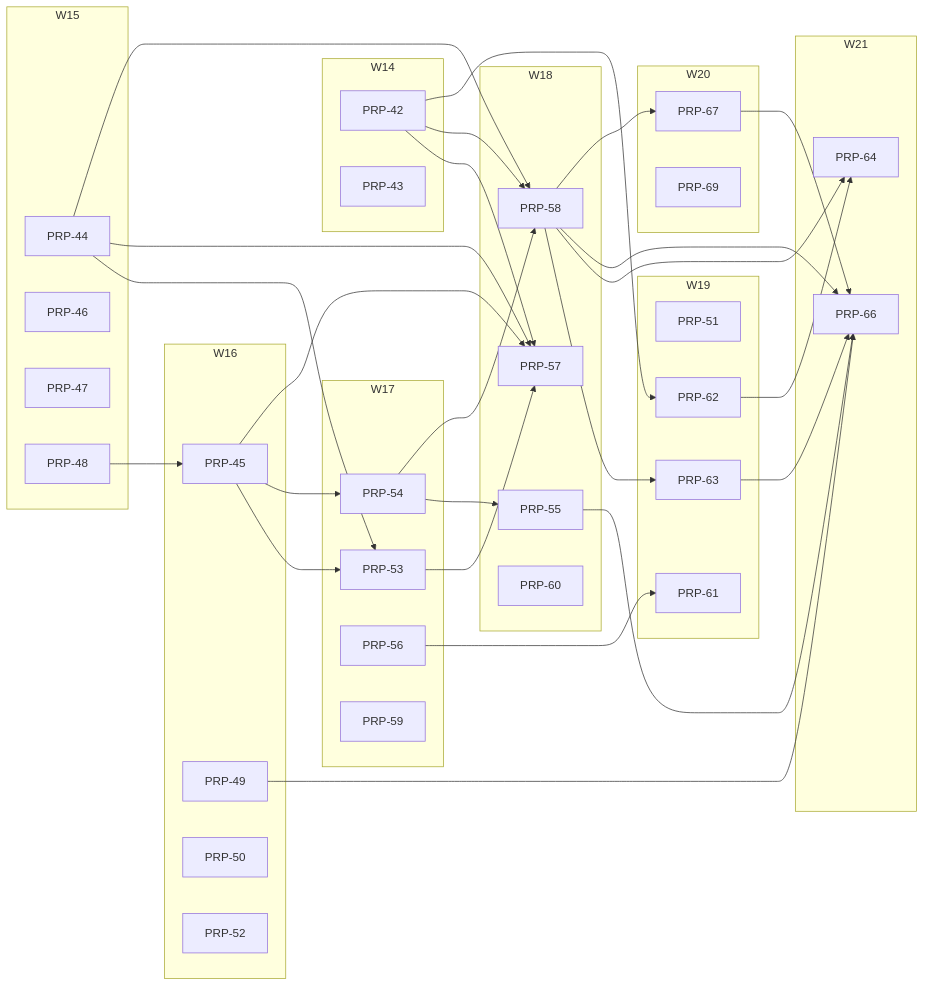
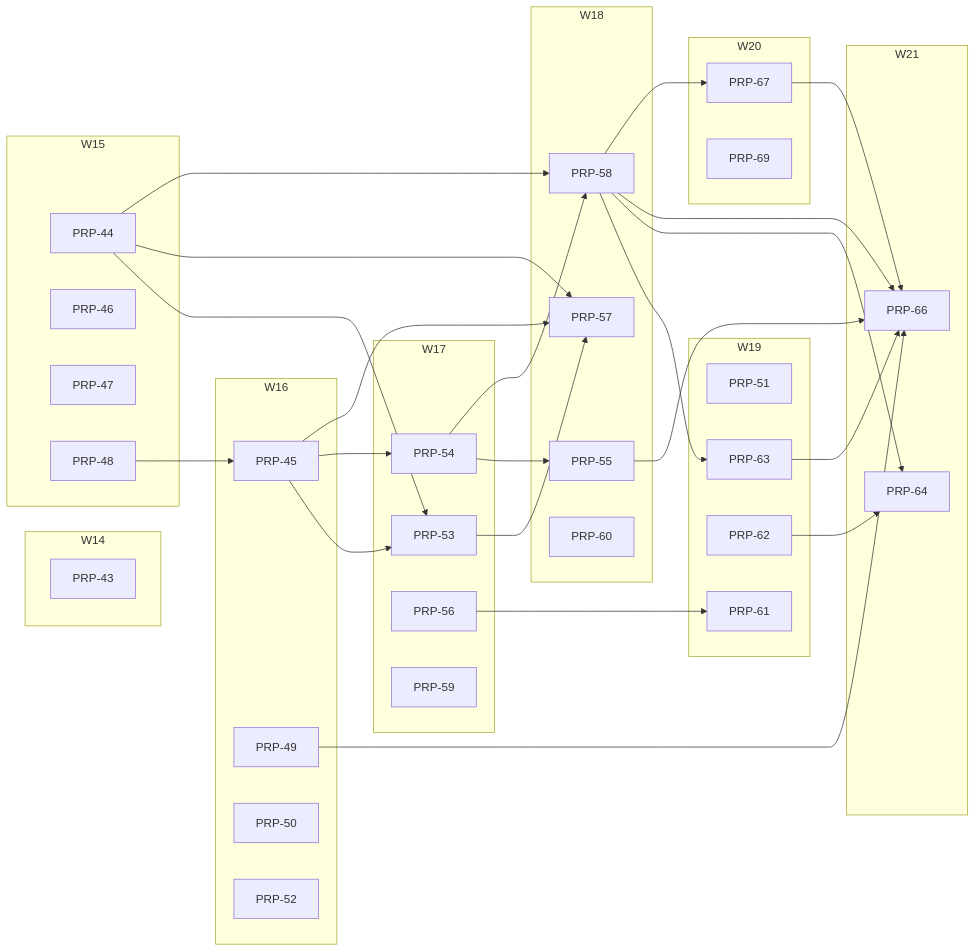
Before and after one commit to fgarofalo56/neurosphere: the diagram in PRPs/EXECUTION-PLAN.md, drawn with Mermaid. The commit also changed other lines of this file and 12 other files, not shown here.

````diff
--- a/PRPs/EXECUTION-PLAN.md
+++ b/PRPs/EXECUTION-PLAN.md
@@ -139,68 +138,64 @@
 ```mermaid
 flowchart LR
   subgraph W14
-    P42["PRP-42"]
     P43["PRP-43"]
   end
   subgraph W15
     P44["PRP-44"]
     P46["PRP-46"]
     P47["PRP-47"]
     P48["PRP-48"]
   end
   subgraph W16
     P45["PRP-45"]
     P49["PRP-49"]
     P50["PRP-50"]
     P52["PRP-52"]
   end
   subgraph W17
     P53["PRP-53"]
     P54["PRP-54"]
     P56["PRP-56"]
     P59["PRP-59"]
   end
   subgraph W18
     P57["PRP-57"]
     P55["PRP-55"]
     P58["PRP-58"]
     P60["PRP-60"]
   end
   subgraph W19
     P51["PRP-51"]
     P61["PRP-61"]
     P62["PRP-62"]
     P63["PRP-63"]
   end
   subgraph W20
     P67["PRP-67"]
     P69["PRP-69"]
   end
   subgraph W21
     P64["PRP-64"]
     P66["PRP-66"]
   end
   P48 --> P45
   P44 --> P53
   P45 --> P53
   P45 --> P54
   P54 --> P55
-  P42 --> P57
   P44 --> P57
   P45 --> P57
   P53 --> P57
-  P42 --> P58
   P44 --> P58
   P54 --> P58
   P56 --> P61
-  P42 --> P62
   P58 --> P63
   P58 --> P64
   P62 --> P64
   P49 --> P66
   P55 --> P66
   P58 --> P66
   P63 --> P66
   P67 --> P66
   P58 --> P67
 ```
````
